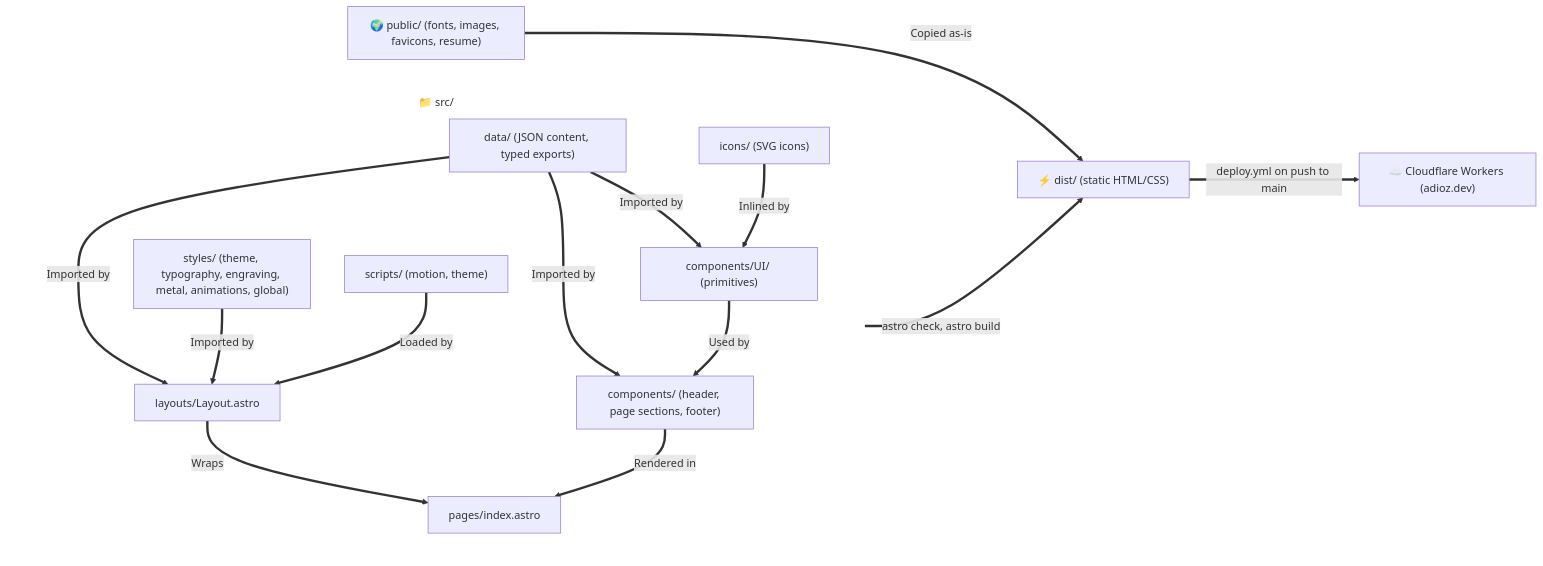
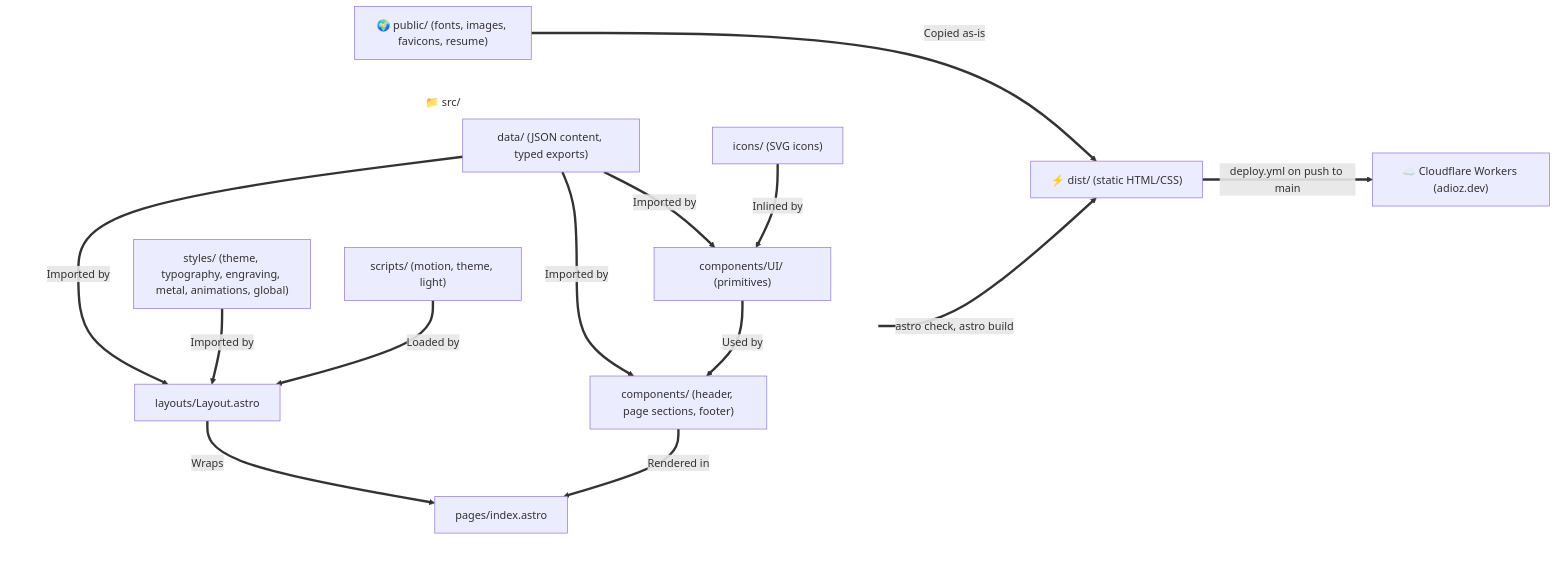
One commit to adiozeshitemi/adioz-profile changed the diagram in docs/architecture.md. Above: the diagram before and after it, drawn with Mermaid. The commit also changed other lines of this file and 6 other files, not shown here.

````diff
--- a/docs/architecture.md
+++ b/docs/architecture.md
@@ -9,33 +9,33 @@
 ```mermaid
 flowchart LR
     %% Define invisible styling for subgraphs to remove backgrounds and borders
     classDef transparent fill:none,stroke:none;
 
     subgraph Src ["📁 src/"]
         direction TB
         Data["data/ (JSON content, typed exports)"]
         Styles["styles/ (theme, typography, engraving, metal, animations, global)"]
-        Scripts["scripts/ (motion, theme)"]
+        Scripts["scripts/ (motion, theme, light)"]
         Icons["icons/ (SVG icons)"]
         UI["components/UI/ (primitives)"]
         Sections["components/ (header, page sections, footer)"]
         Layout["layouts/Layout.astro"]
         Page["pages/index.astro"]
     end
 
     Icons ==>|Inlined by| UI
     Data ==>|Imported by| UI
     Data ==>|Imported by| Sections
     UI ==>|Used by| Sections
     Data ==>|Imported by| Layout
     Styles ==>|Imported by| Layout
     Scripts ==>|Loaded by| Layout
     Sections ==>|Rendered in| Page
     Layout ==>|Wraps| Page
     Page ==>|astro check, astro build| Dist["⚡ dist/ (static HTML/CSS)"]
     Public["🌍 public/ (fonts, images, favicons, resume)"] ==>|Copied as-is| Dist
     Dist ==>|deploy.yml on push to main| Workers["☁️ Cloudflare Workers (adioz.dev)"]
 
     %% Apply transparent class to subgraphs
     class Src transparent;
 ```
````
